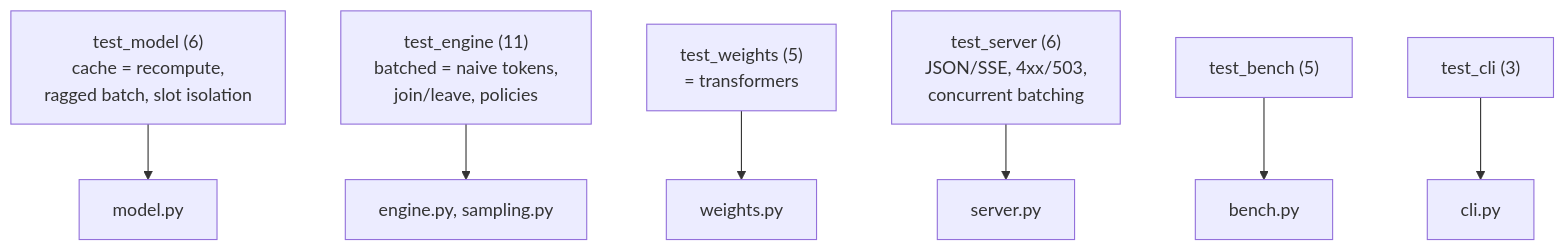
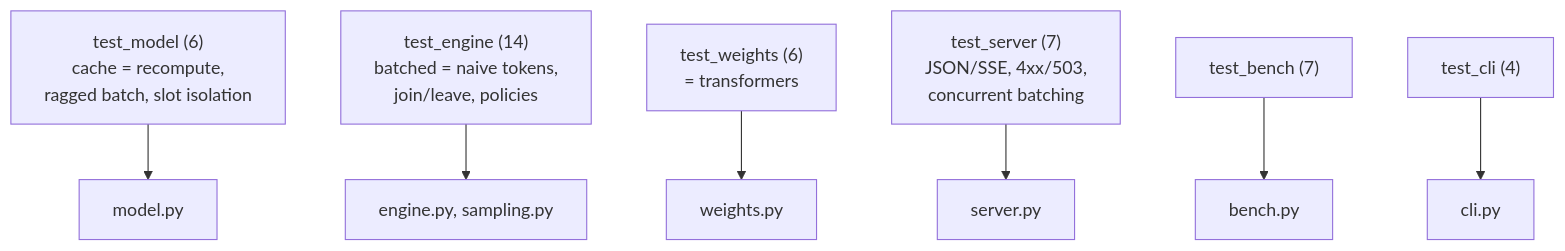
Before and after one commit to EquinoxWN/llm-inference-engine: the second of 2 diagrams in README.md, drawn with Mermaid. The commit also changed other lines of this file and 8 other files, not shown here.

````diff
--- a/README.md
+++ b/README.md
@@ -136,9 +138,9 @@
 ```mermaid
 flowchart TB
   TM["test_model (6)<br/>cache = recompute,<br/>ragged batch, slot isolation"] --> MO["model.py"]
-  TE["test_engine (11)<br/>batched = naive tokens,<br/>join/leave, policies"] --> EN["engine.py, sampling.py"]
-  TW["test_weights (5)<br/>= transformers"] --> WE["weights.py"]
-  TS["test_server (6)<br/>JSON/SSE, 4xx/503,<br/>concurrent batching"] --> SE["server.py"]
-  TB["test_bench (5)"] --> BE["bench.py"]
-  TC["test_cli (3)"] --> CL["cli.py"]
+  TE["test_engine (14)<br/>batched = naive tokens,<br/>join/leave, policies"] --> EN["engine.py, sampling.py"]
+  TW["test_weights (6)<br/>= transformers"] --> WE["weights.py"]
+  TS["test_server (7)<br/>JSON/SSE, 4xx/503,<br/>concurrent batching"] --> SE["server.py"]
+  TB["test_bench (7)"] --> BE["bench.py"]
+  TC["test_cli (4)"] --> CL["cli.py"]
 ```
````
